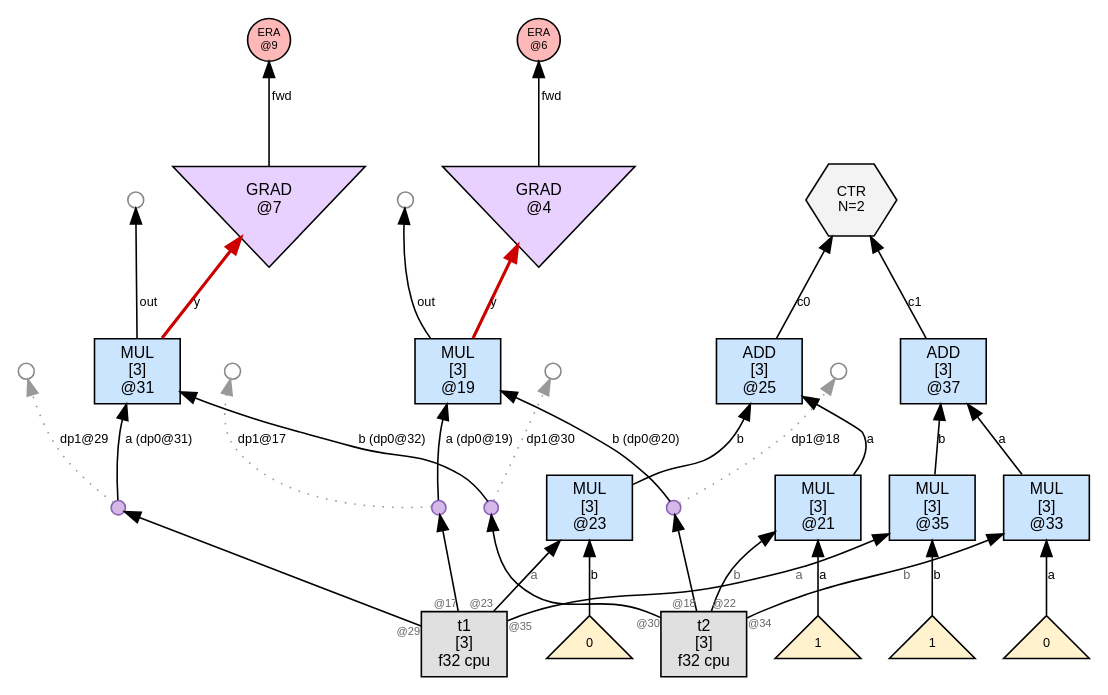
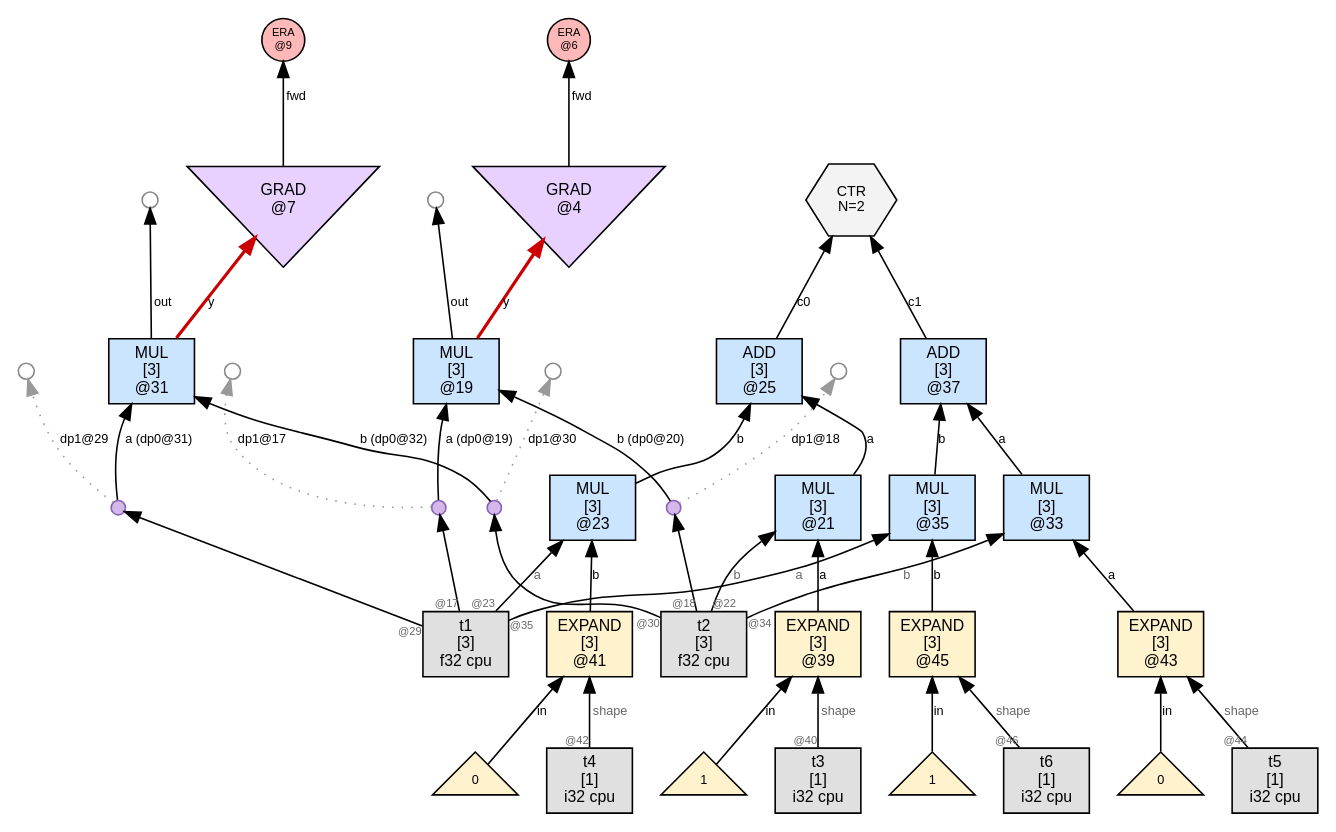
One commit to sw1sh/TinyHVM changed the diagram in wl/examples/thvm_graphs/grad_rules/bundle_multitarget/thvm_1_post_reduce.dot. Above: the diagram before and after it, drawn with Graphviz. The commit also changed 2087 other files, not shown here.

First line of the commit message:
grad: TEN matcher emits EXPAND(NUM, shape) for Jacobian leaves

```diff
--- a/wl/examples/thvm_graphs/grad_rules/bundle_multitarget/thvm_1_post_reduce.dot
+++ b/wl/examples/thvm_graphs/grad_rules/bundle_multitarget/thvm_1_post_reduce.dot
@@ -1,67 +1,83 @@
 digraph G {
   rankdir=BT;
   node [fontname="Helvetica", fontsize=10, style=filled, shape=box, margin="0.1,0.05"];
   edge [fontsize=8, fontname="Helvetica"];
 
   n19 [label="MUL\n[3]\n@19", shape=box, fillcolor="#cce5ff"];
   dup17 [label="", shape=circle, width=0.12, height=0.12, fixedsize=true, fillcolor="#d4b8e8", color="#8a63b7", fontsize=1];
   freedup17_1 [label="",shape=circle,width=0.14,height=0.14,fixedsize=true,fillcolor="#ffffff",color="#888888",fontsize=1];
   dup17 -> freedup17_1 [label="dp1@17",style=dotted,color="#999999"];
   t1 [label="t1\n[3]\nf32 cpu",shape=box,fillcolor="#e0e0e0"];
   t1 -> dup17[label="",taillabel="@17",labelfontsize=7,fontcolor="#666666"];
   dup17 -> n19 [label="a (dp0@19)"];
   dup18 [label="", shape=circle, width=0.12, height=0.12, fixedsize=true, fillcolor="#d4b8e8", color="#8a63b7", fontsize=1];
   freedup18_1 [label="",shape=circle,width=0.14,height=0.14,fixedsize=true,fillcolor="#ffffff",color="#888888",fontsize=1];
   dup18 -> freedup18_1 [label="dp1@18",style=dotted,color="#999999"];
   t2 [label="t2\n[3]\nf32 cpu",shape=box,fillcolor="#e0e0e0"];
   t2 -> dup18[label="",taillabel="@18",labelfontsize=7,fontcolor="#666666"];
   dup18 -> n19 [label="b (dp0@20)"];
   free19_1000 [label="",shape=circle,width=0.14,height=0.14,fixedsize=true,fillcolor="#ffffff",color="#888888",fontsize=1];
   n19 -> free19_1000 [label="out"];
   era6 [label="ERA\n@6",shape=circle,width=0.38,height=0.38,fixedsize=true,fillcolor="#ffb8b8",fontsize=7];
   grad4 [label="GRAD\n@4", shape=invtriangle, fillcolor="#e8d0ff"];
   n19 -> grad4 [label="y",color="#cc0000",penwidth=2.0];
   grad4 -> era6 [label="fwd"];
   n31 [label="MUL\n[3]\n@31", shape=box, fillcolor="#cce5ff"];
   dup29 [label="", shape=circle, width=0.12, height=0.12, fixedsize=true, fillcolor="#d4b8e8", color="#8a63b7", fontsize=1];
   freedup29_1 [label="",shape=circle,width=0.14,height=0.14,fixedsize=true,fillcolor="#ffffff",color="#888888",fontsize=1];
   dup29 -> freedup29_1 [label="dp1@29",style=dotted,color="#999999"];
   t1 -> dup29[label="",taillabel="@29",labelfontsize=7,fontcolor="#666666"];
   dup29 -> n31 [label="a (dp0@31)"];
   dup30 [label="", shape=circle, width=0.12, height=0.12, fixedsize=true, fillcolor="#d4b8e8", color="#8a63b7", fontsize=1];
   freedup30_1 [label="",shape=circle,width=0.14,height=0.14,fixedsize=true,fillcolor="#ffffff",color="#888888",fontsize=1];
   dup30 -> freedup30_1 [label="dp1@30",style=dotted,color="#999999"];
   t2 -> dup30[label="",taillabel="@30",labelfontsize=7,fontcolor="#666666"];
   dup30 -> n31 [label="b (dp0@32)"];
   free31_1000 [label="",shape=circle,width=0.14,height=0.14,fixedsize=true,fillcolor="#ffffff",color="#888888",fontsize=1];
   n31 -> free31_1000 [label="out"];
   era9 [label="ERA\n@9",shape=circle,width=0.38,height=0.38,fixedsize=true,fillcolor="#ffb8b8",fontsize=7];
   grad7 [label="GRAD\n@7", shape=invtriangle, fillcolor="#e8d0ff"];
   n31 -> grad7 [label="y",color="#cc0000",penwidth=2.0];
   grad7 -> era9 [label="fwd"];
   n25 [label="ADD\n[3]\n@25", shape=box, fillcolor="#cce5ff"];
   n21 -> n25 [label="a"];
   n23 -> n25 [label="b"];
   n37 [label="ADD\n[3]\n@37", shape=box, fillcolor="#cce5ff"];
   n33 -> n37 [label="a"];
   n35 -> n37 [label="b"];
   ctr12 [label="CTR\nN=2", shape=hexagon, fillcolor="#f3f3f3", fontsize=9];
   n25 -> ctr12 [label="c0"];
   n37 -> ctr12 [label="c1"];
+  n39 [label="EXPAND\n[3]\n@39", shape=box, fillcolor="#fff3cd"];
+  num39_0 [label="1",shape=triangle,fillcolor="#fff2cc",fontsize=8];
+  num39_0 -> n39 [label="in"];
+  t3 [label="t3\n[1]\ni32 cpu",shape=box,fillcolor="#e0e0e0"];
+  t3 -> n39 [label="shape",taillabel="@40",labelfontsize=7,fontcolor="#666666"];
+  n41 [label="EXPAND\n[3]\n@41", shape=box, fillcolor="#fff3cd"];
+  num41_0 [label="0",shape=triangle,fillcolor="#fff2cc",fontsize=8];
+  num41_0 -> n41 [label="in"];
+  t4 [label="t4\n[1]\ni32 cpu",shape=box,fillcolor="#e0e0e0"];
+  t4 -> n41 [label="shape",taillabel="@42",labelfontsize=7,fontcolor="#666666"];
   n21 [label="MUL\n[3]\n@21", shape=box, fillcolor="#cce5ff"];
-  num21_0 [label="1",shape=triangle,fillcolor="#fff2cc",fontsize=8];
-  num21_0 -> n21 [label="a"];
+  n39 -> n21 [label="a"];
   t2 -> n21 [label="b",taillabel="@22",labelfontsize=7,fontcolor="#666666"];
   n23 [label="MUL\n[3]\n@23", shape=box, fillcolor="#cce5ff"];
   t1 -> n23 [label="a",taillabel="@23",labelfontsize=7,fontcolor="#666666"];
-  num23_1 [label="0",shape=triangle,fillcolor="#fff2cc",fontsize=8];
-  num23_1 -> n23 [label="b"];
+  n41 -> n23 [label="b"];
+  n43 [label="EXPAND\n[3]\n@43", shape=box, fillcolor="#fff3cd"];
+  num43_0 [label="0",shape=triangle,fillcolor="#fff2cc",fontsize=8];
+  num43_0 -> n43 [label="in"];
+  t5 [label="t5\n[1]\ni32 cpu",shape=box,fillcolor="#e0e0e0"];
+  t5 -> n43 [label="shape",taillabel="@44",labelfontsize=7,fontcolor="#666666"];
+  n45 [label="EXPAND\n[3]\n@45", shape=box, fillcolor="#fff3cd"];
+  num45_0 [label="1",shape=triangle,fillcolor="#fff2cc",fontsize=8];
+  num45_0 -> n45 [label="in"];
+  t6 [label="t6\n[1]\ni32 cpu",shape=box,fillcolor="#e0e0e0"];
+  t6 -> n45 [label="shape",taillabel="@46",labelfontsize=7,fontcolor="#666666"];
   n33 [label="MUL\n[3]\n@33", shape=box, fillcolor="#cce5ff"];
-  num33_0 [label="0",shape=triangle,fillcolor="#fff2cc",fontsize=8];
-  num33_0 -> n33 [label="a"];
+  n43 -> n33 [label="a"];
   t2 -> n33 [label="b",taillabel="@34",labelfontsize=7,fontcolor="#666666"];
   n35 [label="MUL\n[3]\n@35", shape=box, fillcolor="#cce5ff"];
   t1 -> n35 [label="a",taillabel="@35",labelfontsize=7,fontcolor="#666666"];
-  num35_1 [label="1",shape=triangle,fillcolor="#fff2cc",fontsize=8];
-  num35_1 -> n35 [label="b"];
+  n45 -> n35 [label="b"];
 }
```
